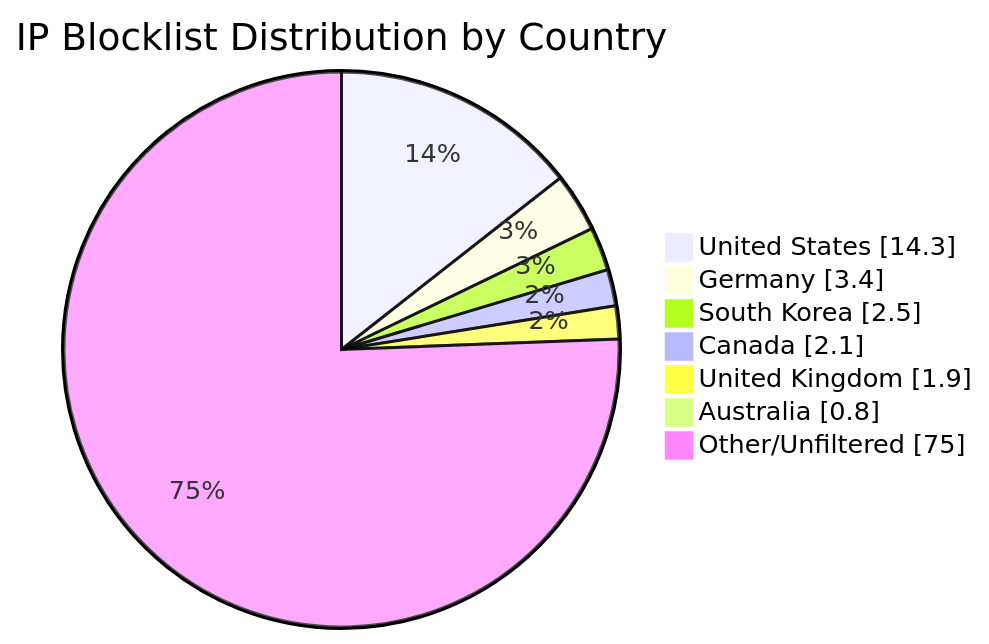
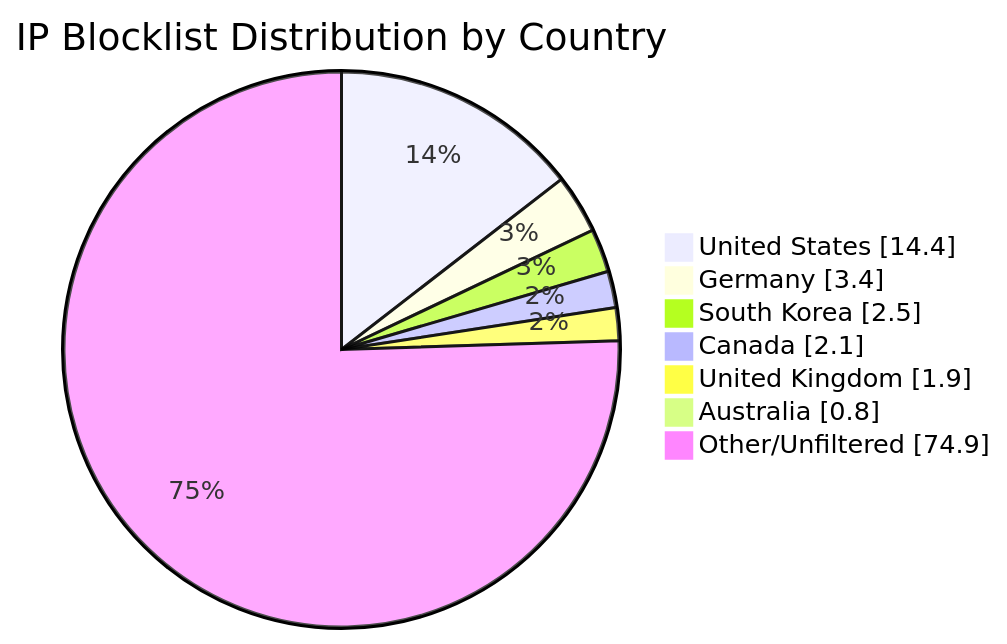
The diagram in README.md (MarcusHoltz/ipblocklist-geofiltered-aggregator), drawn with Mermaid before and after one commit. The commit also changed other lines of this file and 9 other files, not shown here.

````diff
--- a/README.md
+++ b/README.md
@@ -34,10 +34,10 @@
 ```mermaid
 pie showData title IP Blocklist Distribution by Country
-"United States" : 14.3
+"United States" : 14.4
 "Germany" : 3.4
 "South Korea" : 2.5
 "Canada" : 2.1
 "United Kingdom" : 1.9
 "Australia" : 0.8
-"Other/Unfiltered" : 75.0
+"Other/Unfiltered" : 74.9
 ```
````
